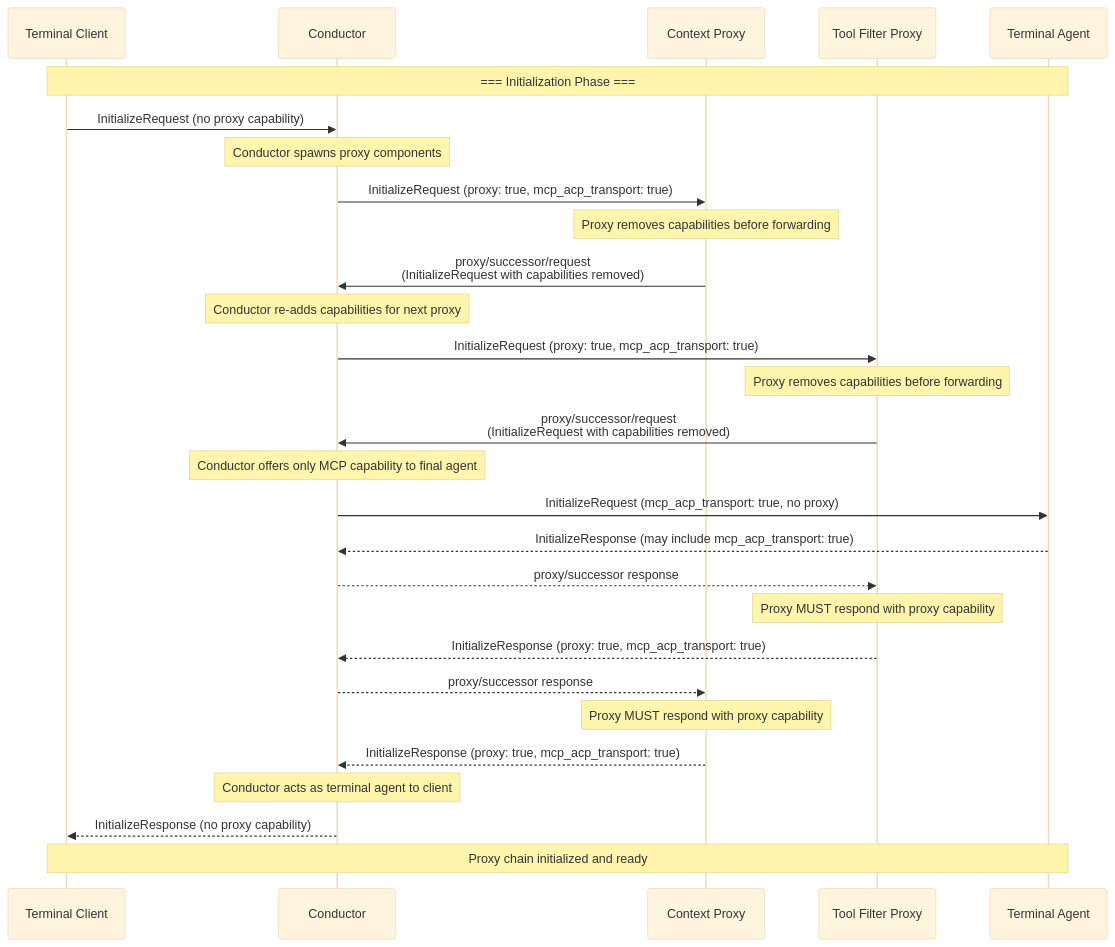
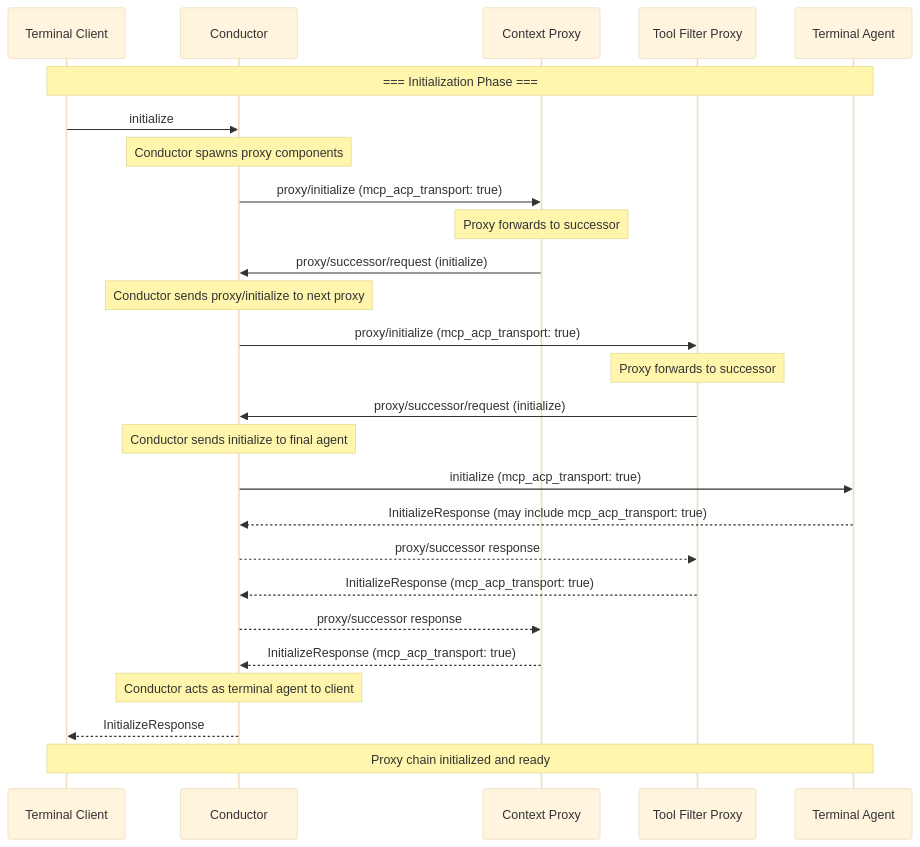
The eighth of 9 diagrams in docs/rfds/proxy-chains.mdx (agentclientprotocol/agent-client-protocol), drawn with Mermaid (base theme) before and after one commit. The commit also changed other lines of this file, not shown here.

First line of the commit message:
Replace proxy capability with proxy/initialize method

````diff
--- a/docs/rfds/proxy-chains.mdx
+++ b/docs/rfds/proxy-chains.mdx
@@ -399,42 +414,40 @@
 ```mermaid
 sequenceDiagram
     participant TC as Terminal Client
     participant C as Conductor
     participant P1 as Context Proxy
     participant P2 as Tool Filter Proxy
     participant TA as Terminal Agent
 
     Note over TC,TA: === Initialization Phase ===
-    
-    TC->>C: InitializeRequest (no proxy capability)
-    
+
+    TC->>C: initialize
+
     Note over C: Conductor spawns proxy components
-    C->>P1: InitializeRequest (proxy: true, mcp_acp_transport: true)
-    
-    Note over P1: Proxy removes capabilities before forwarding
-    P1->>C: proxy/successor/request<br/>(InitializeRequest with capabilities removed)
-    
-    Note over C: Conductor re-adds capabilities for next proxy
-    C->>P2: InitializeRequest (proxy: true, mcp_acp_transport: true)
-    
-    Note over P2: Proxy removes capabilities before forwarding
-    P2->>C: proxy/successor/request<br/>(InitializeRequest with capabilities removed)
-    
-    Note over C: Conductor offers only MCP capability to final agent
-    C->>TA: InitializeRequest (mcp_acp_transport: true, no proxy)
-    
+    C->>P1: proxy/initialize (mcp_acp_transport: true)
+
+    Note over P1: Proxy forwards to successor
+    P1->>C: proxy/successor/request (initialize)
+
+    Note over C: Conductor sends proxy/initialize to next proxy
+    C->>P2: proxy/initialize (mcp_acp_transport: true)
+
+    Note over P2: Proxy forwards to successor
+    P2->>C: proxy/successor/request (initialize)
+
+    Note over C: Conductor sends initialize to final agent
+    C->>TA: initialize (mcp_acp_transport: true)
+
     TA-->>C: InitializeResponse (may include mcp_acp_transport: true)
     C-->>P2: proxy/successor response
-    
-    Note over P2: Proxy MUST respond with proxy capability
-    P2-->>C: InitializeResponse (proxy: true, mcp_acp_transport: true)
+
+    P2-->>C: InitializeResponse (mcp_acp_transport: true)
     C-->>P1: proxy/successor response
-    
-    Note over P1: Proxy MUST respond with proxy capability  
-    P1-->>C: InitializeResponse (proxy: true, mcp_acp_transport: true)
-    
+
+    P1-->>C: InitializeResponse (mcp_acp_transport: true)
+
     Note over C: Conductor acts as terminal agent to client
-    C-->>TC: InitializeResponse (no proxy capability)
-    
+    C-->>TC: InitializeResponse
+
     Note over TC,TA: Proxy chain initialized and ready
 ```
````
